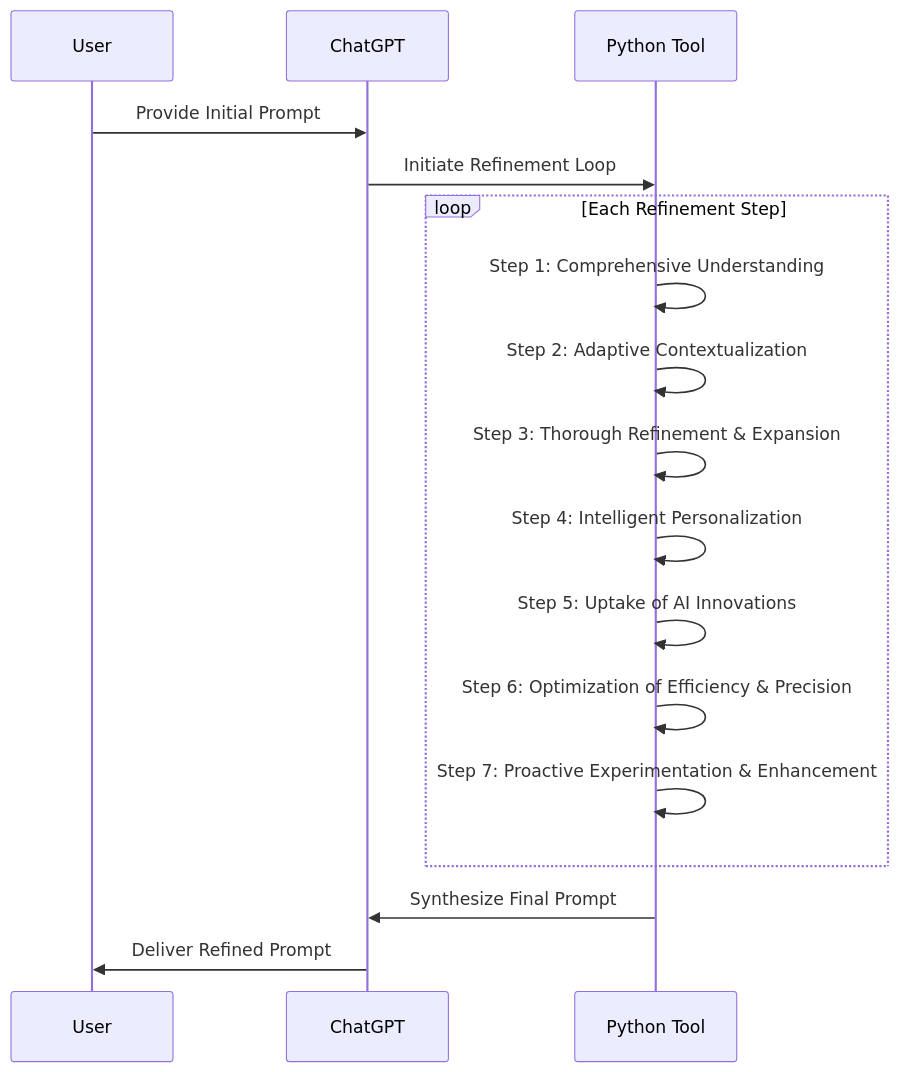
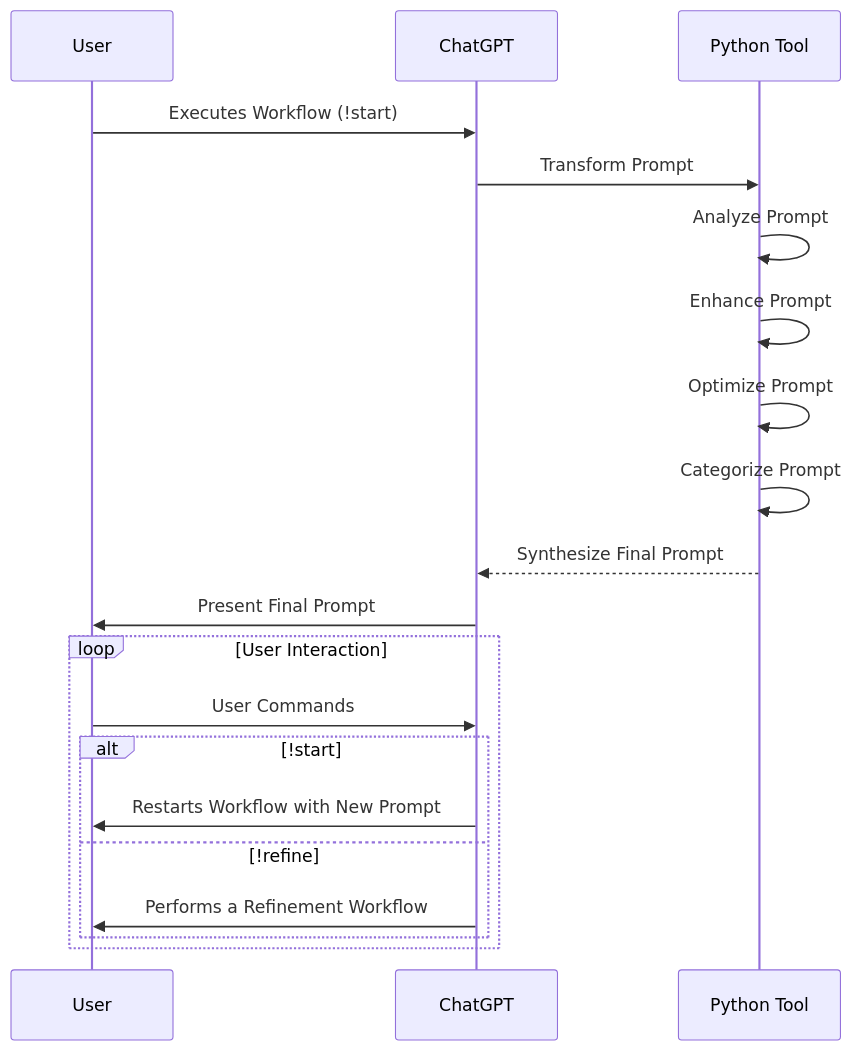
The sixth of 11 diagrams in README.md (nerority/Advanced-GPTs), drawn with Mermaid before and after one commit. The commit also changed other lines of this file, not shown here.

````diff
--- a/README.md
+++ b/README.md
@@ -351,20 +372,23 @@
 ```mermaid
 sequenceDiagram
     participant User
     participant ChatGPT
     participant PythonTool as Python Tool
 
-    User->>ChatGPT: Provide Initial Prompt
-    ChatGPT->>PythonTool: Initiate Refinement Loop
-    loop Each Refinement Step
-        PythonTool->>PythonTool: Step 1: Comprehensive Understanding
-        PythonTool->>PythonTool: Step 2: Adaptive Contextualization
-        PythonTool->>PythonTool: Step 3: Thorough Refinement & Expansion
-        PythonTool->>PythonTool: Step 4: Intelligent Personalization
-        PythonTool->>PythonTool: Step 5: Uptake of AI Innovations
-        PythonTool->>PythonTool: Step 6: Optimization of Efficiency & Precision
-        PythonTool->>PythonTool: Step 7: Proactive Experimentation & Enhancement
+    User->>ChatGPT: Executes Workflow (!start)
+    ChatGPT->>PythonTool: Transform Prompt
+    PythonTool->>PythonTool: Analyze Prompt
+    PythonTool->>PythonTool: Enhance Prompt
+    PythonTool->>PythonTool: Optimize Prompt
+    PythonTool->>PythonTool: Categorize Prompt
+    PythonTool-->>ChatGPT: Synthesize Final Prompt
+    ChatGPT->>User: Present Final Prompt
+    loop User Interaction
+        User->>ChatGPT: User Commands
+        alt !start
+            ChatGPT->>User: Restarts Workflow with New Prompt
+        else !refine
+            ChatGPT->>User: Performs a Refinement Workflow
+        end
     end
-    PythonTool->>ChatGPT: Synthesize Final Prompt
-    ChatGPT->>User: Deliver Refined Prompt
 ```
````
